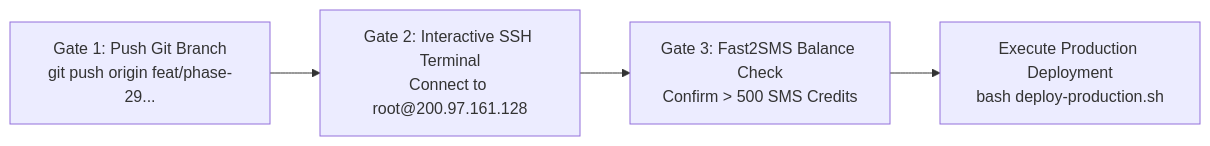
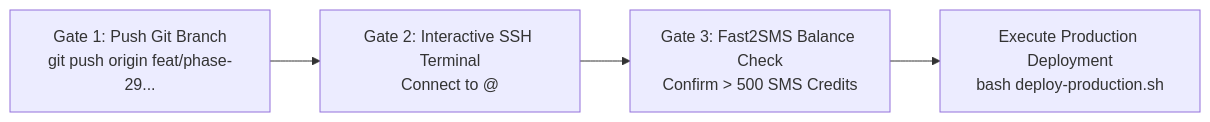
Before and after one commit to Himansu-Nayak/MECT: the diagram in MECT_PHASE_29_4_2B_FINAL_PREFLIGHT_DECISION.md, drawn with Mermaid. The commit also changed other lines of this file and 208 other files, not shown here.

Commit message:
fix(hygiene): replace IP, hostname, root user, and local paths with placeholders in tracked files

````diff
--- a/MECT_PHASE_29_4_2B_FINAL_PREFLIGHT_DECISION.md
+++ b/MECT_PHASE_29_4_2B_FINAL_PREFLIGHT_DECISION.md
@@ -54,6 +54,6 @@
 ```mermaid
 flowchart LR
-    Gate1["Gate 1: Push Git Branch<br/>git push origin feat/phase-29..."] --> Gate2["Gate 2: Interactive SSH Terminal<br/>Connect to root@200.97.161.128"]
+    Gate1["Gate 1: Push Git Branch<br/>git push origin feat/phase-29..."] --> Gate2["Gate 2: Interactive SSH Terminal<br/>Connect to <DEPLOY_USER>@<PROD_VPS_IP>"]
     Gate2 --> Gate3["Gate 3: Fast2SMS Balance Check<br/>Confirm > 500 SMS Credits"]
     Gate3 --> Execute["Execute Production Deployment<br/>bash deploy-production.sh"]
 ```
````
